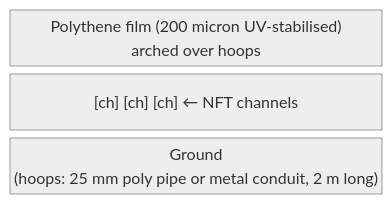
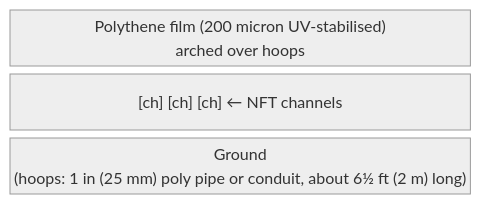
One commit to UncleJS/guide_hydroponics changed the tenth of 11 diagrams in guide/nft/10-climate-management.md. Above: the diagram before and after it, drawn with Mermaid (neutral theme). The commit also changed other lines of this file and 35 other files, not shown here.

````diff
--- a/guide/nft/10-climate-management.md
+++ b/guide/nft/10-climate-management.md
@@ -730,7 +759,7 @@
 ```mermaid
 block-beta
     columns 1
     film["Polythene film (200 micron UV-stabilised)<br/>arched over hoops"]
     interior["[ch]         [ch]         [ch]   ← NFT channels"]
-    ground["Ground<br/>(hoops: 25 mm poly pipe or metal conduit, 2 m long)"]
+    ground["Ground<br/>(hoops: 1 in (25 mm) poly pipe or conduit, about 6½ ft (2 m) long)"]
 ```
````
